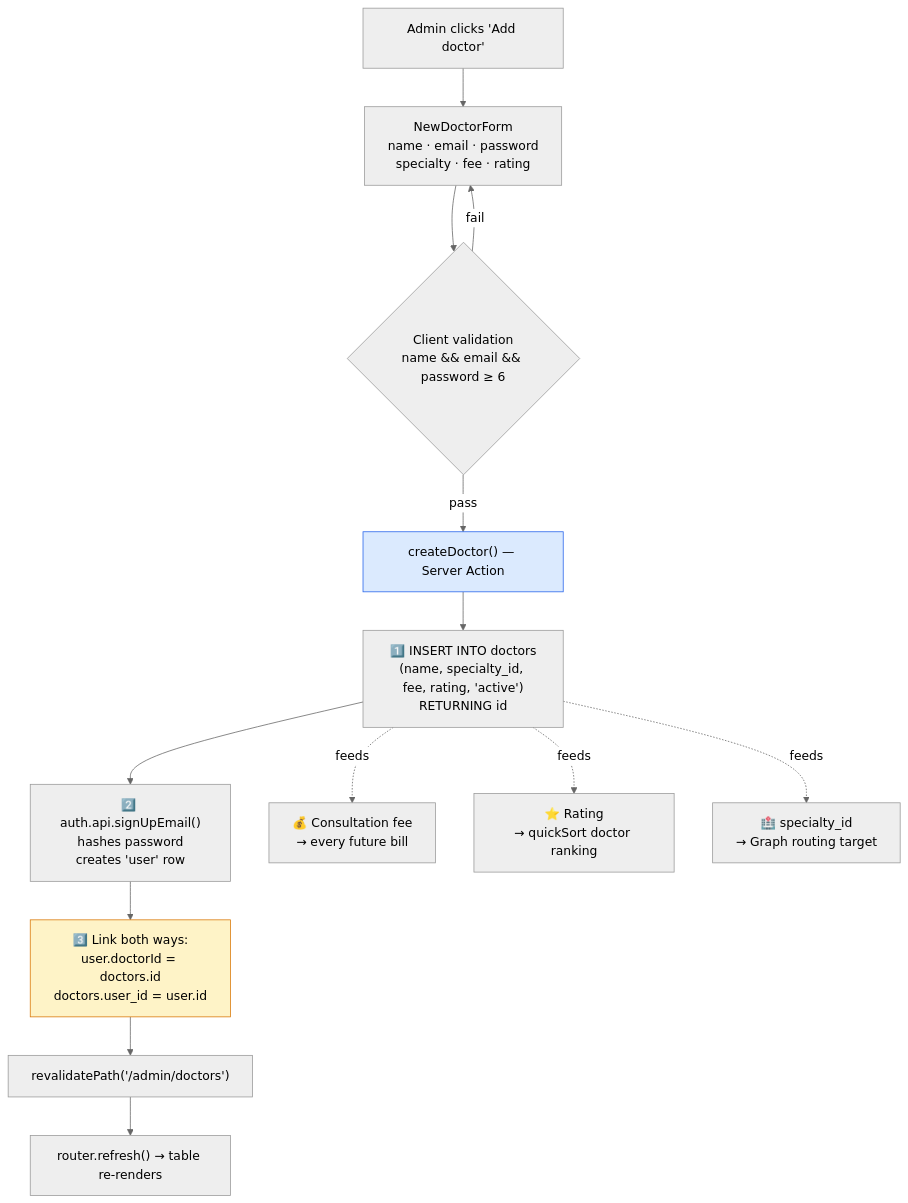
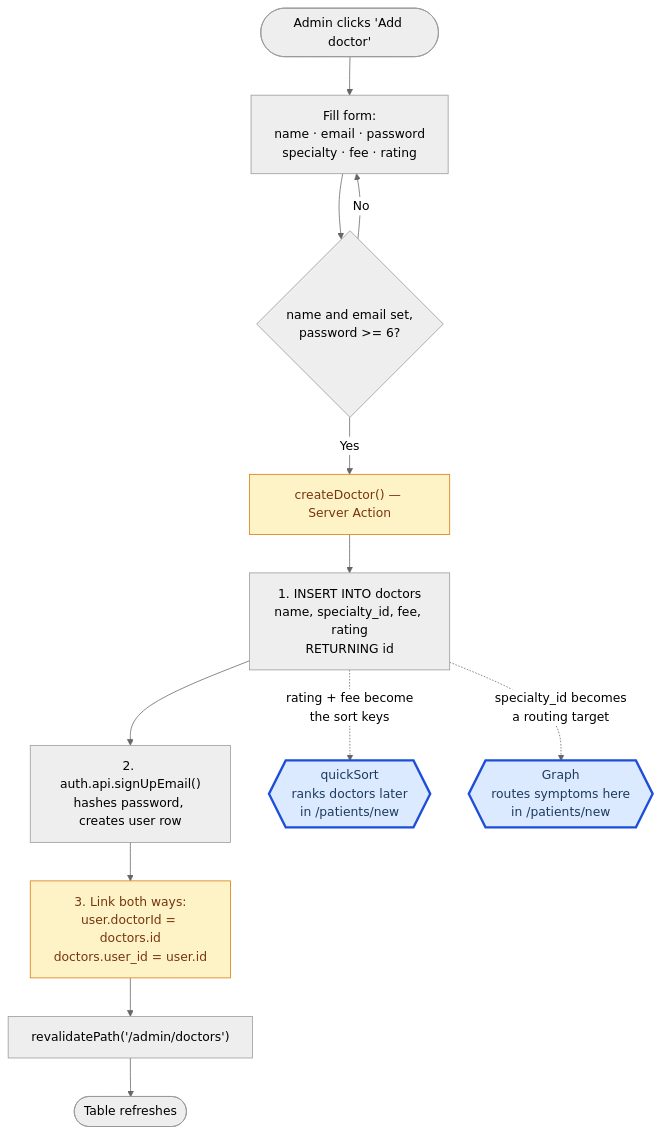
The fourth of 22 diagrams in flow.md (themuzzamil/Hospital-Management-System), drawn with Mermaid (neutral theme) before and after one commit. The commit also changed other lines of this file, not shown here.

````diff
--- a/flow.md
+++ b/flow.md
@@ -130,20 +142,21 @@
 ```mermaid
 flowchart TD
-    A["Admin clicks 'Add doctor'"] --> B["NewDoctorForm<br/>name · email · password<br/>specialty · fee · rating"]
-    B --> C{"Client validation<br/>name && email && password ≥ 6"}
-    C -->|fail| B
-    C -->|pass| D["createDoctor() — Server Action"]
+    A(["Admin clicks 'Add doctor'"]) --> B["Fill form:<br/>name · email · password<br/>specialty · fee · rating"]
+    B --> C{"name and email set,<br/>password >= 6?"}
+    C -->|"No"| B
+    C -->|"Yes"| D["createDoctor() — Server Action"]
 
-    D --> E["1️⃣ INSERT INTO doctors<br/>(name, specialty_id, fee, rating, 'active')<br/>RETURNING id"]
-    E --> F["2️⃣ auth.api.signUpEmail()<br/>hashes password<br/>creates 'user' row"]
-    F --> G["3️⃣ Link both ways:<br/>user.doctorId = doctors.id<br/>doctors.user_id = user.id"]
+    D --> E["1. INSERT INTO doctors<br/>name, specialty_id, fee, rating<br/>RETURNING id"]
+    E --> F["2. auth.api.signUpEmail()<br/>hashes password, creates user row"]
+    F --> G["3. Link both ways:<br/>user.doctorId = doctors.id<br/>doctors.user_id = user.id"]
     G --> H["revalidatePath('/admin/doctors')"]
-    H --> I["router.refresh() → table re-renders"]
+    H --> I(["Table refreshes"])
 
-    E -.->|"feeds"| J["💰 Consultation fee<br/>→ every future bill"]
-    E -.->|"feeds"| K["⭐ Rating<br/>→ quickSort doctor ranking"]
-    E -.->|"feeds"| L["🏥 specialty_id<br/>→ Graph routing target"]
+    E -.->|"rating + fee become<br/>the sort keys"| J{{"quickSort<br/>ranks doctors later<br/>in /patients/new"}}
+    E -.->|"specialty_id becomes<br/>a routing target"| K{{"Graph<br/>routes symptoms here<br/>in /patients/new"}}
 
-    style D fill:#dbeafe,stroke:#2563eb
-    style G fill:#fef3c7,stroke:#d97706
+    classDef dsa fill:#dbeafe,stroke:#1d4ed8,stroke-width:3px,color:#1e3a5f
+    classDef action fill:#fef3c7,stroke:#d97706,color:#78350f
+    class J,K dsa
+    class D,G action
 ```
````
